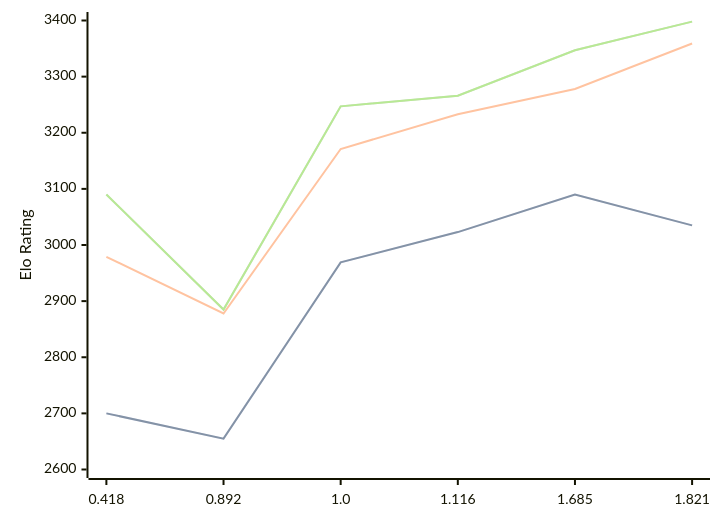
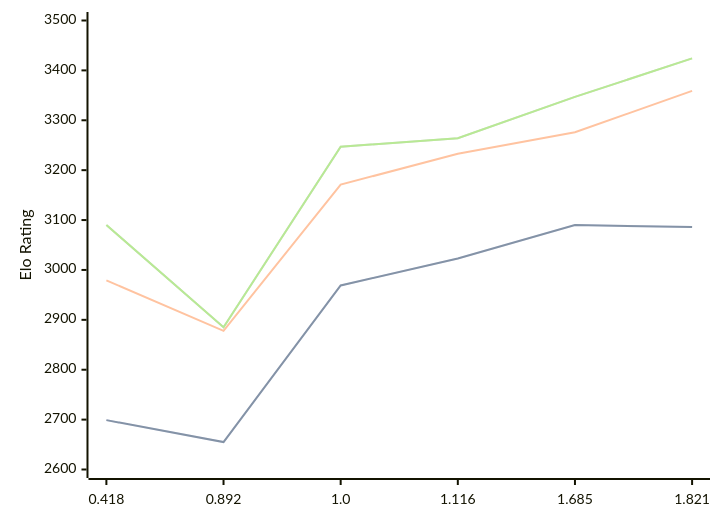
One commit to computer-chess-index/cci changed the diagram in engines/Malika.md. Above: the diagram before and after it, drawn with Mermaid. The commit also changed other lines of this file, not shown here.

Commit message:
Update CCI Ratings (ELO VLTC) - 2026-08-16

````diff
--- a/engines/Malika.md
+++ b/engines/Malika.md
@@ -36,11 +36,11 @@
 ```mermaid
 %%{init: {"theme":"base","themeVariables":{"seriesColors:['#a3a3a3','#222221','#faa371']}}}%%
 xychart-beta
   x-axis ["0.418", "0.892", "1.0", "1.116", "1.685", "1.821"]
-  y-axis "Elo Rating" 2600 --> 3400
-  line "STC (8.0+0.08s)" [2700, 2655, 2969, 3023, 3090, 3035]
-  line "STC (8.0+0.08s)" [2700, 2655, 2969, 3023, 3090, 3035]
-  line "LTC (60.0+0.60s)" [2979, 2878, 3171, 3233, 3278, 3359]
-  line "VLTC (2m24s+1.12s)" [3090, 2885, 3247, 3266, 3347, 3398]
-  line "VLTC (2m24s+1.12s)" [3090, 2885, 3247, 3266, 3347, 3398]
+  y-axis "Elo Rating" 2600 --> 3500
+  line "STC (8.0+0.08s)" [2699, 2655, 2969, 3023, 3090, 3086]
+  line "STC (8.0+0.08s)" [2699, 2655, 2969, 3023, 3090, 3086]
+  line "LTC (60.0+0.60s)" [2979, 2878, 3171, 3233, 3276, 3359]
+  line "VLTC (2m24s+1.12s)" [3090, 2885, 3247, 3264, 3347, 3424]
+  line "VLTC (2m24s+1.12s)" [3090, 2885, 3247, 3264, 3347, 3424]
 ```
````
